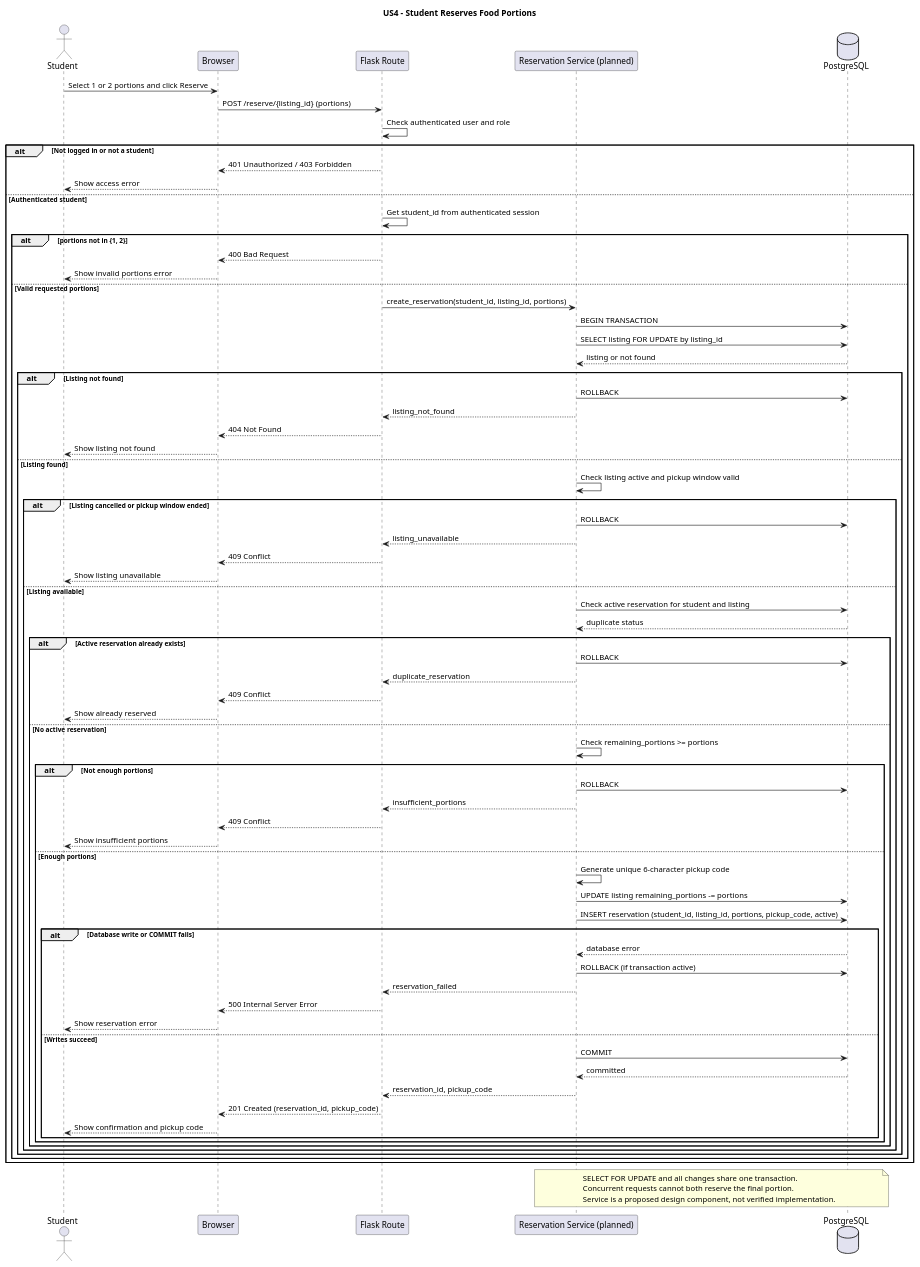
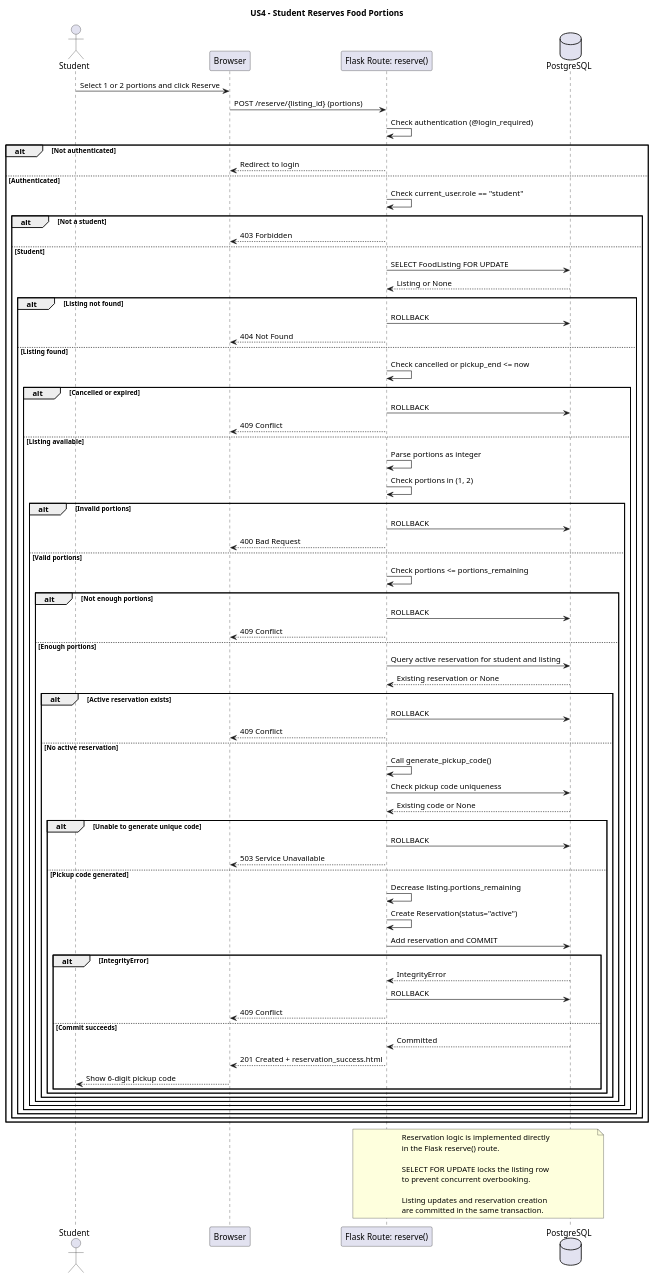
Before and after one commit to samhaddad2005/26FCS3250-002-prj-2: the diagram in uml/sequence-US4.wsd, drawn with PlantUML. The commit also changed other lines of this file and 2 other files, not shown here.

Commit message:
docs: update UML diagrams to match final implementation

```diff
--- a/uml/sequence-US4.wsd
+++ b/uml/sequence-US4.wsd
@@ -1,83 +2,94 @@
 @startuml US4
- title US4 - Student Reserves Food Portions
+title US4 - Student Reserves Food Portions
 
 actor Student
 participant Browser
-participant "Flask Route" as Route
-participant "Reservation Service (planned)" as Service
+participant "Flask Route: reserve()" as Route
 database PostgreSQL as DB
 
 Student -> Browser : Select 1 or 2 portions and click Reserve
 Browser -> Route : POST /reserve/{listing_id} (portions)
-Route -> Route : Check authenticated user and role
-alt Not logged in or not a student
-    Route --> Browser : 401 Unauthorized / 403 Forbidden
-    Browser --> Student : Show access error
-else Authenticated student
-    Route -> Route : Get student_id from authenticated session
-    alt portions not in {1, 2}
-        Route --> Browser : 400 Bad Request
-        Browser --> Student : Show invalid portions error
-    else Valid requested portions
-        Route -> Service : create_reservation(student_id, listing_id, portions)
-        Service -> DB : BEGIN TRANSACTION
-        Service -> DB : SELECT listing FOR UPDATE by listing_id
-        DB --> Service : listing or not found
+
+Route -> Route : Check authentication (@login_required)
+alt Not authenticated
+    Route --> Browser : Redirect to login
+else Authenticated
+    Route -> Route : Check current_user.role == "student"
+    alt Not a student
+        Route --> Browser : 403 Forbidden
+    else Student
+        Route -> DB : SELECT FoodListing FOR UPDATE
+        DB --> Route : Listing or None
 
         alt Listing not found
-            Service -> DB : ROLLBACK
-            Service --> Route : listing_not_found
+            Route -> DB : ROLLBACK
             Route --> Browser : 404 Not Found
-            Browser --> Student : Show listing not found
         else Listing found
-            Service -> Service : Check listing active and pickup window valid
-            alt Listing cancelled or pickup window ended
-                Service -> DB : ROLLBACK
-                Service --> Route : listing_unavailable
+            Route -> Route : Check cancelled or pickup_end <= now
+
+            alt Cancelled or expired
+                Route -> DB : ROLLBACK
                 Route --> Browser : 409 Conflict
-                Browser --> Student : Show listing unavailable
             else Listing available
-                Service -> DB : Check active reservation for student and listing
-                DB --> Service : duplicate status
-                alt Active reservation already exists
-                    Service -> DB : ROLLBACK
-                    Service --> Route : duplicate_reservation
-                    Route --> Browser : 409 Conflict
-                    Browser --> Student : Show already reserved
-                else No active reservation
-                    Service -> Service : Check remaining_portions >= portions
+                Route -> Route : Parse portions as integer
+                Route -> Route : Check portions in (1, 2)
+
+                alt Invalid portions
+                    Route -> DB : ROLLBACK
+                    Route --> Browser : 400 Bad Request
+                else Valid portions
+                    Route -> Route : Check portions <= portions_remaining
+
                     alt Not enough portions
-                        Service -> DB : ROLLBACK
-                        Service --> Route : insufficient_portions
+                        Route -> DB : ROLLBACK
                         Route --> Browser : 409 Conflict
-                        Browser --> Student : Show insufficient portions
                     else Enough portions
-                        Service -> Service : Generate unique 6-character pickup code
-                        Service -> DB : UPDATE listing remaining_portions -= portions
-                        Service -> DB : INSERT reservation (student_id, listing_id, portions, pickup_code, active)
-                        alt Database write or COMMIT fails
-                            DB --> Service : database error
-                            Service -> DB : ROLLBACK (if transaction active)
-                            Service --> Route : reservation_failed
-                            Route --> Browser : 500 Internal Server Error
-                            Browser --> Student : Show reservation error
-                        else Writes succeed
-                            Service -> DB : COMMIT
-                            DB --> Service : committed
-                            Service --> Route : reservation_id, pickup_code
-                            Route --> Browser : 201 Created (reservation_id, pickup_code)
-                            Browser --> Student : Show confirmation and pickup code
+                        Route -> DB : Query active reservation for student and listing
+                        DB --> Route : Existing reservation or None
+
+                        alt Active reservation exists
+                            Route -> DB : ROLLBACK
+                            Route --> Browser : 409 Conflict
+                        else No active reservation
+                            Route -> Route : Call generate_pickup_code()
+                            Route -> DB : Check pickup code uniqueness
+                            DB --> Route : Existing code or None
+
+                            alt Unable to generate unique code
+                                Route -> DB : ROLLBACK
+                                Route --> Browser : 503 Service Unavailable
+                            else Pickup code generated
+                                Route -> Route : Decrease listing.portions_remaining
+                                Route -> Route : Create Reservation(status="active")
+                                Route -> DB : Add reservation and COMMIT
+
+                                alt IntegrityError
+                                    DB --> Route : IntegrityError
+                                    Route -> DB : ROLLBACK
+                                    Route --> Browser : 409 Conflict
+                                else Commit succeeds
+                                    DB --> Route : Committed
+                                    Route --> Browser : 201 Created + reservation_success.html
+                                    Browser --> Student : Show 6-digit pickup code
+                                end
+                            end
                         end
                     end
                 end
             end
         end
     end
 end
 
-note over Service, DB
-  SELECT FOR UPDATE and all changes share one transaction.
-  Concurrent requests cannot both reserve the final portion.
-  Service is a proposed design component, not verified implementation.
+note over Route, DB
+  Reservation logic is implemented directly
+  in the Flask reserve() route.
+
+  SELECT FOR UPDATE locks the listing row
+  to prevent concurrent overbooking.
+
+  Listing updates and reservation creation
+  are committed in the same transaction.
 end note
+
 @enduml
```
